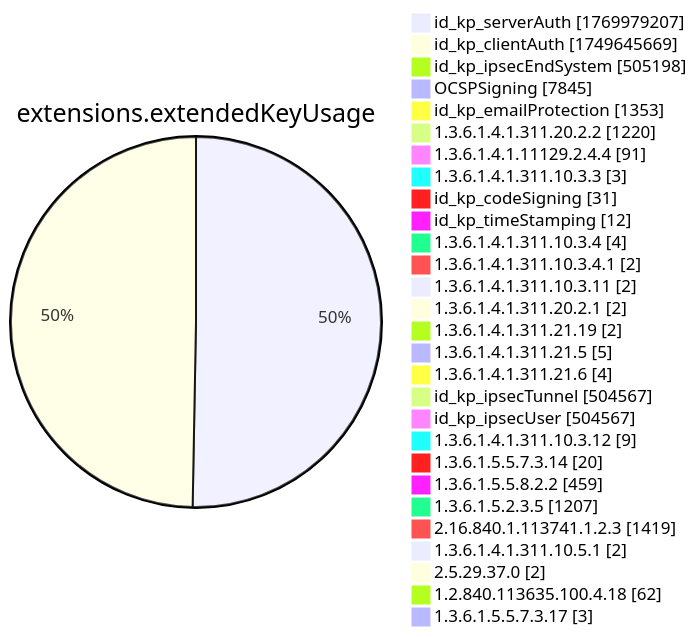
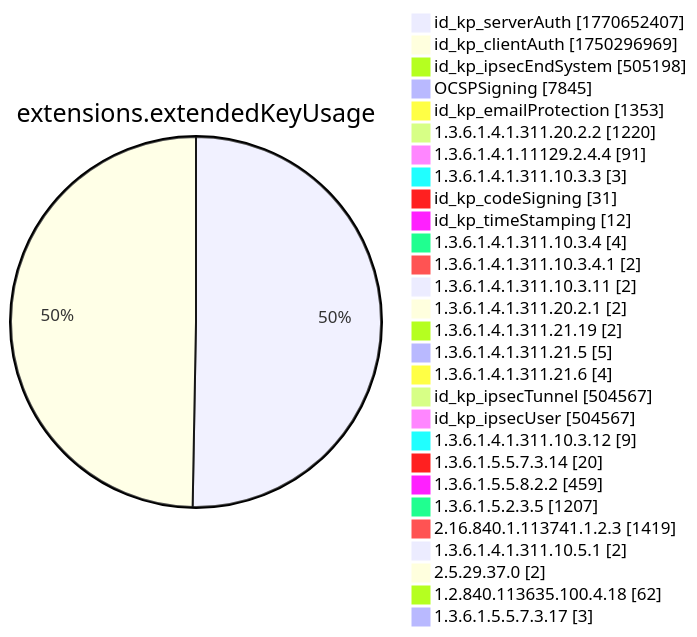
Diagram 12 of 15 in xenon2022/README.md (christiankrug/ctmonitor_visualization), drawn with Mermaid before and after one commit. The commit also changed other lines of this file, not shown here.

````diff
--- a/xenon2022/README.md
+++ b/xenon2022/README.md
@@ -3893,32 +3893,32 @@
 ```mermaid
 pie showData
 title extensions.extendedKeyUsage
-"id_kp_serverAuth" :1769979207
-"id_kp_clientAuth" :1749645669
+"id_kp_serverAuth" :1770652407
+"id_kp_clientAuth" :1750296969
 "id_kp_ipsecEndSystem" :505198
 "OCSPSigning" :7845
 "id_kp_emailProtection" :1353
 "1.3.6.1.4.1.311.20.2.2" :1220
 "1.3.6.1.4.1.11129.2.4.4" :91
 "1.3.6.1.4.1.311.10.3.3" :3
 "id_kp_codeSigning" :31
 "id_kp_timeStamping" :12
 "1.3.6.1.4.1.311.10.3.4" :4
 "1.3.6.1.4.1.311.10.3.4.1" :2
 "1.3.6.1.4.1.311.10.3.11" :2
 "1.3.6.1.4.1.311.20.2.1" :2
 "1.3.6.1.4.1.311.21.19" :2
 "1.3.6.1.4.1.311.21.5" :5
 "1.3.6.1.4.1.311.21.6" :4
 "id_kp_ipsecTunnel" :504567
 "id_kp_ipsecUser" :504567
 "1.3.6.1.4.1.311.10.3.12" :9
 "1.3.6.1.5.5.7.3.14" :20
 "1.3.6.1.5.5.8.2.2" :459
 "1.3.6.1.5.2.3.5" :1207
 "2.16.840.1.113741.1.2.3" :1419
 "1.3.6.1.4.1.311.10.5.1" :2
 "2.5.29.37.0" :2
 "1.2.840.113635.100.4.18" :62
 "1.3.6.1.5.5.7.3.17" :3
 ```
````
